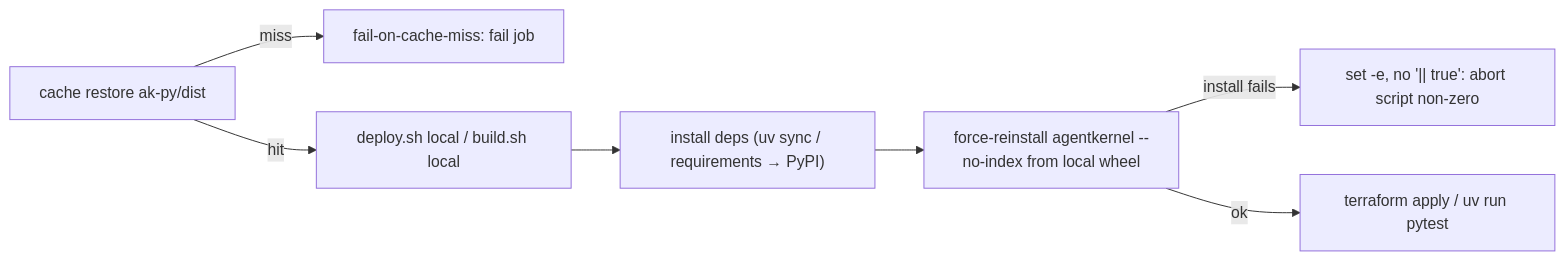
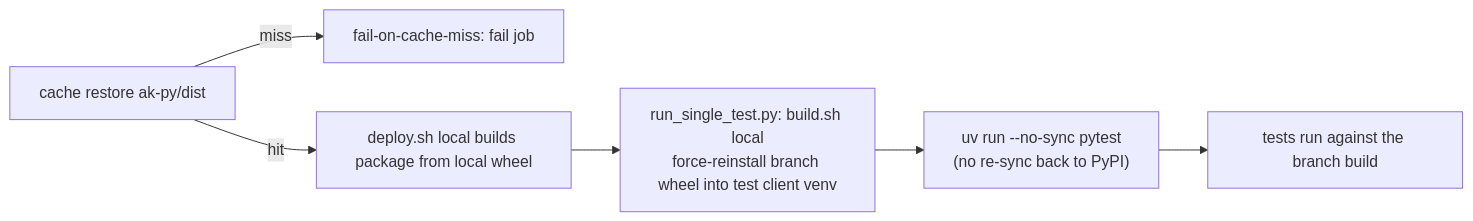
One commit to yaalalabs/agent-kernel changed the diagram in docs/specs/542-cicd-issue/design.md. Above: the diagram before and after it, drawn with Mermaid. The commit also changed other lines of this file and 3 other files, not shown here.

Commit message:
fix: enforce local agentkernel installation and improve CI/CD error handling

````diff
--- a/docs/specs/542-cicd-issue/design.md
+++ b/docs/specs/542-cicd-issue/design.md
@@ -87,9 +52,8 @@
 ```mermaid
 flowchart LR
     A["cache restore ak-py/dist"] -->|miss| B["fail-on-cache-miss: fail job"]
-    A -->|hit| C["deploy.sh local / build.sh local"]
-    C --> D["install deps (uv sync / requirements → PyPI)"]
-    D --> E["force-reinstall agentkernel --no-index from local wheel"]
-    E -->|install fails| F["set -e, no '|| true': abort script non-zero"]
-    E -->|ok| G["terraform apply / uv run pytest"]
+    A -->|hit| C["deploy.sh local builds package from local wheel"]
+    C --> D["run_single_test.py: build.sh local<br/>force-reinstall branch wheel into test client venv"]
+    D --> E["uv run --no-sync pytest<br/>(no re-sync back to PyPI)"]
+    E --> F["tests run against the branch build"]
 ```
````
